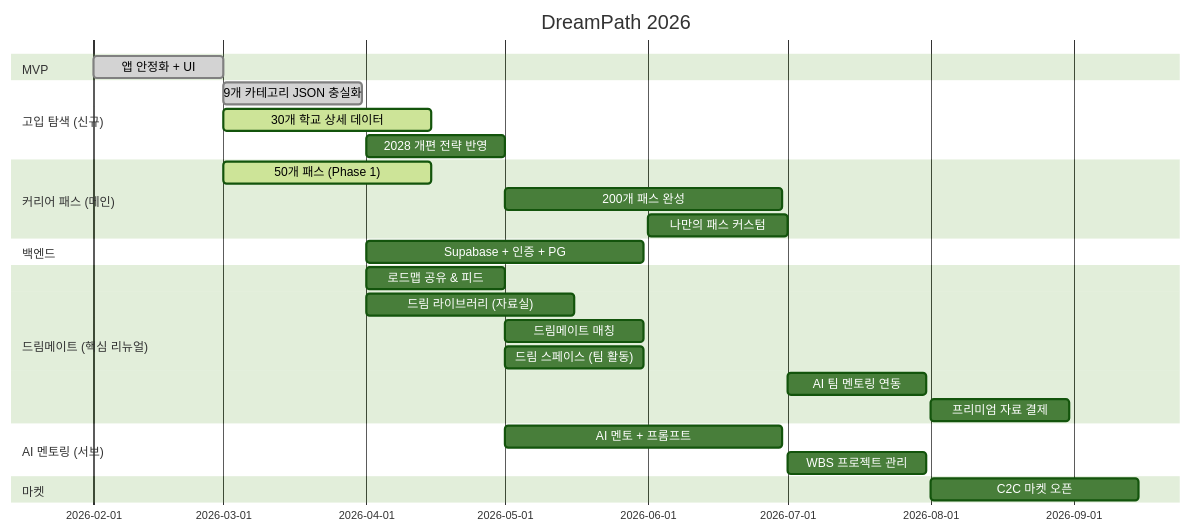
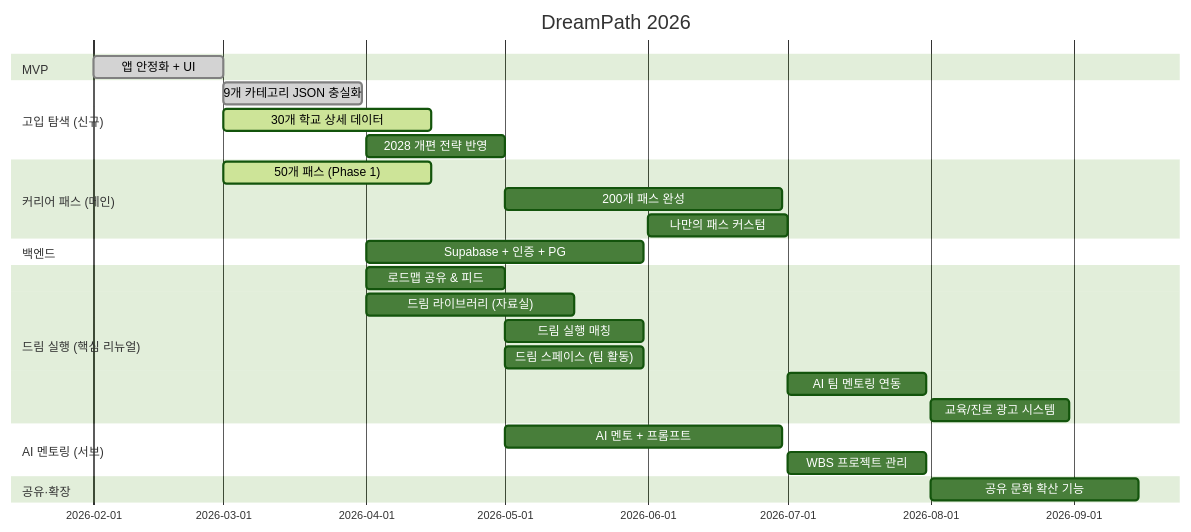
Before and after one commit to Collegenie-X/AI-career-path: the sixth of 6 diagrams in Readme.md, drawn with Mermaid (forest theme). The commit also changed other lines of this file and 3 other files, not shown here.

````diff
--- a/Readme.md
+++ b/Readme.md
@@ -380,29 +689,29 @@
 ```mermaid
 gantt
     title DreamPath 2026
     dateFormat  YYYY-MM
     section MVP
     앱 안정화 + UI           :done, 2026-02, 28d
     section 고입 탐색 (신규)
     9개 카테고리 JSON 충실화  :done, 2026-03, 30d
     30개 학교 상세 데이터     :active, 2026-03, 45d
     2028 개편 전략 반영       :2026-04, 30d
     section 커리어 패스 (메인)
     50개 패스 (Phase 1)      :active, 2026-03, 45d
     200개 패스 완성           :2026-05, 60d
     나만의 패스 커스텀         :2026-06, 30d
     section 백엔드
     Supabase + 인증 + PG     :2026-04, 60d
-    section 드림메이트 (핵심 리뉴얼)
+    section 드림 실행 (핵심 리뉴얼)
     로드맵 공유 & 피드        :2026-04, 30d
     드림 라이브러리 (자료실)   :2026-04, 45d
-    드림메이트 매칭            :2026-05, 30d
+    드림 실행 매칭             :2026-05, 30d
     드림 스페이스 (팀 활동)    :2026-05, 30d
     AI 팀 멘토링 연동          :2026-07, 30d
-    프리미엄 자료 결제          :2026-08, 30d
+    교육/진로 광고 시스템       :2026-08, 30d
     section AI 멘토링 (서브)
     AI 멘토 + 프롬프트        :2026-05, 60d
     WBS 프로젝트 관리         :2026-07, 30d
-    section 마켓
-    C2C 마켓 오픈             :2026-08, 45d
+    section 공유·확장
+    공유 문화 확산 기능         :2026-08, 45d
 ```
````
